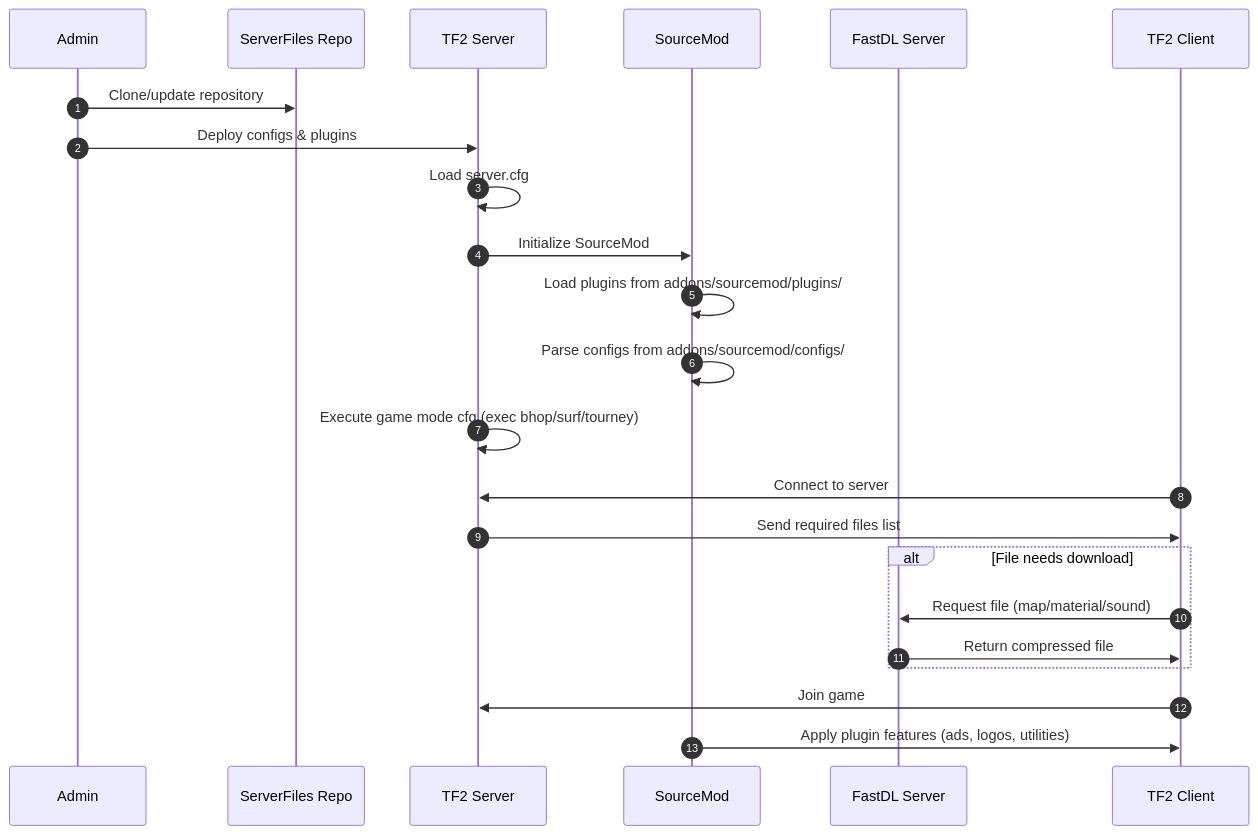
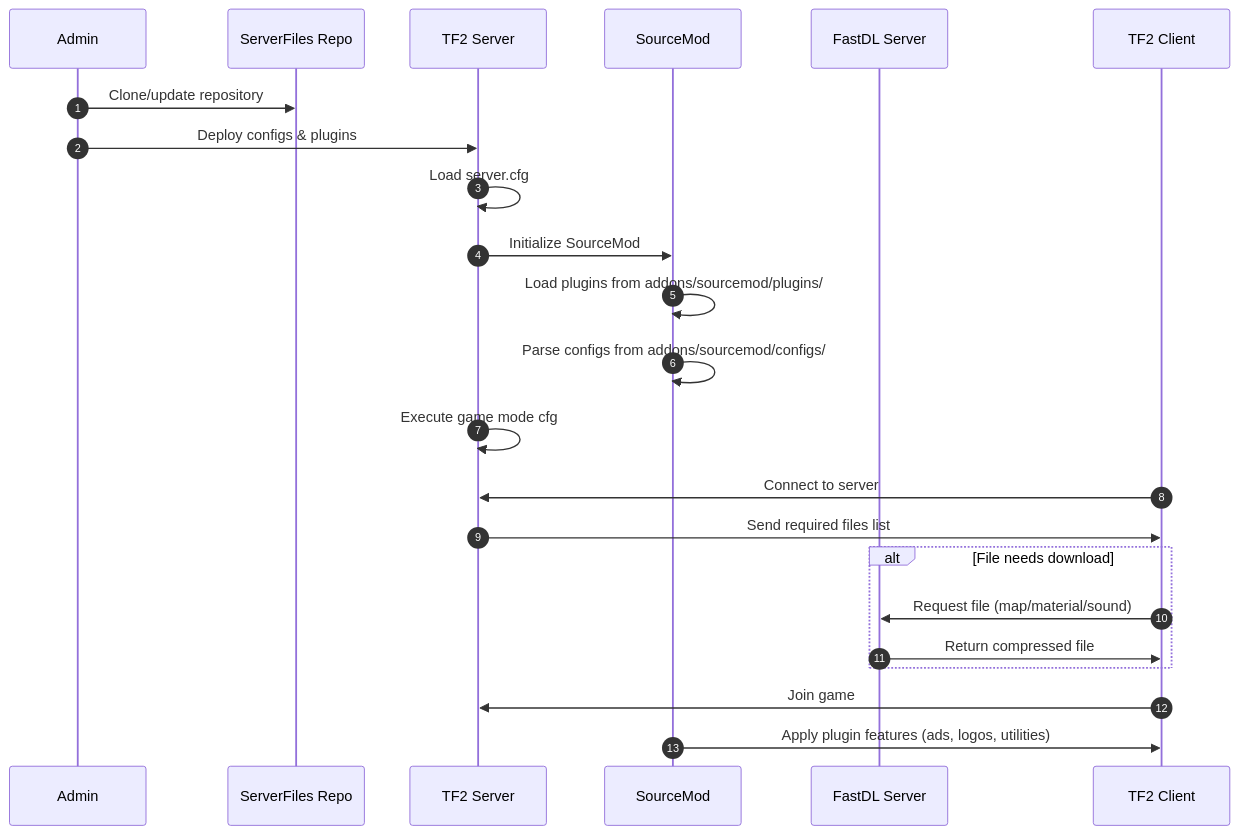
The second of 3 diagrams in README.md (UDL-TF/ServerFiles), drawn with Mermaid before and after one commit. The commit also changed other lines of this file, not shown here.

````diff
--- a/README.md
+++ b/README.md
@@ -83,29 +73,29 @@
 ```mermaid
 sequenceDiagram
     autonumber
     participant Admin
     participant Repo as ServerFiles Repo
     participant Server as TF2 Server
     participant SM as SourceMod
     participant FastDL as FastDL Server
     participant Client as TF2 Client
     
     Admin->>Repo: Clone/update repository
     Admin->>Server: Deploy configs & plugins
     Server->>Server: Load server.cfg
     Server->>SM: Initialize SourceMod
     SM->>SM: Load plugins from addons/sourcemod/plugins/
     SM->>SM: Parse configs from addons/sourcemod/configs/
-    Server->>Server: Execute game mode cfg (exec bhop/surf/tourney)
+    Server->>Server: Execute game mode cfg
     
     Client->>Server: Connect to server
     Server->>Client: Send required files list
     
     alt File needs download
         Client->>FastDL: Request file (map/material/sound)
         FastDL->>Client: Return compressed file
     end
     
     Client->>Server: Join game
     SM->>Client: Apply plugin features (ads, logos, utilities)
 ```
````
